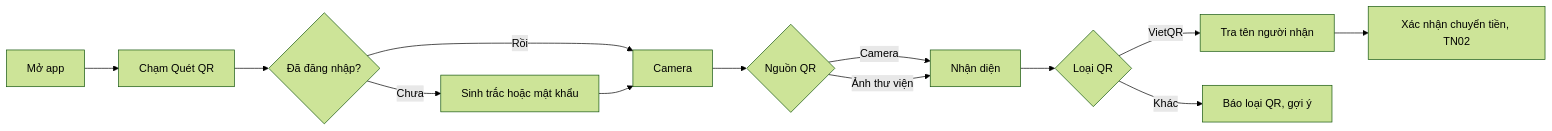
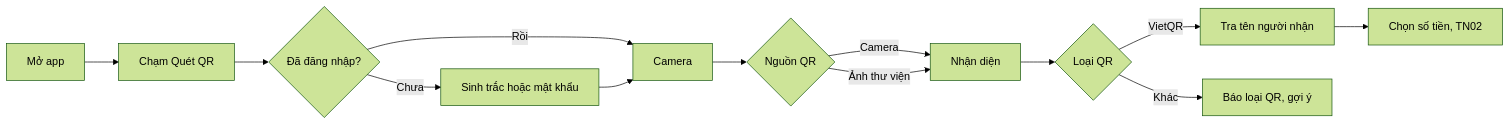
Before and after one commit to uxfoundation-vn/de04-chuyen-khoan-qr: the diagram in docs/TN01-quet-ma-qr/PRD.md, drawn with Mermaid (forest theme). The commit also changed other lines of this file and 14 other files, not shown here.

````diff
--- a/docs/TN01-quet-ma-qr/PRD.md
+++ b/docs/TN01-quet-ma-qr/PRD.md
@@ -84,15 +84,15 @@
 ```mermaid
 flowchart LR
   A["Mở app"] --> B["Chạm Quét QR"]
   B --> C{"Đã đăng nhập?"}
   C -->|Chưa| D["Sinh trắc hoặc mật khẩu"]
   C -->|Rồi| E["Camera"]
   D --> E
   E --> F{"Nguồn QR"}
   F -->|Camera| G["Nhận diện"]
   F -->|Ảnh thư viện| G
   G --> H{"Loại QR"}
   H -->|VietQR| I["Tra tên người nhận"]
   H -->|Khác| J["Báo loại QR, gợi ý"]
-  I --> K["Xác nhận chuyển tiền, TN02"]
+  I --> K["Chọn số tiền, TN02"]
 ```
````
